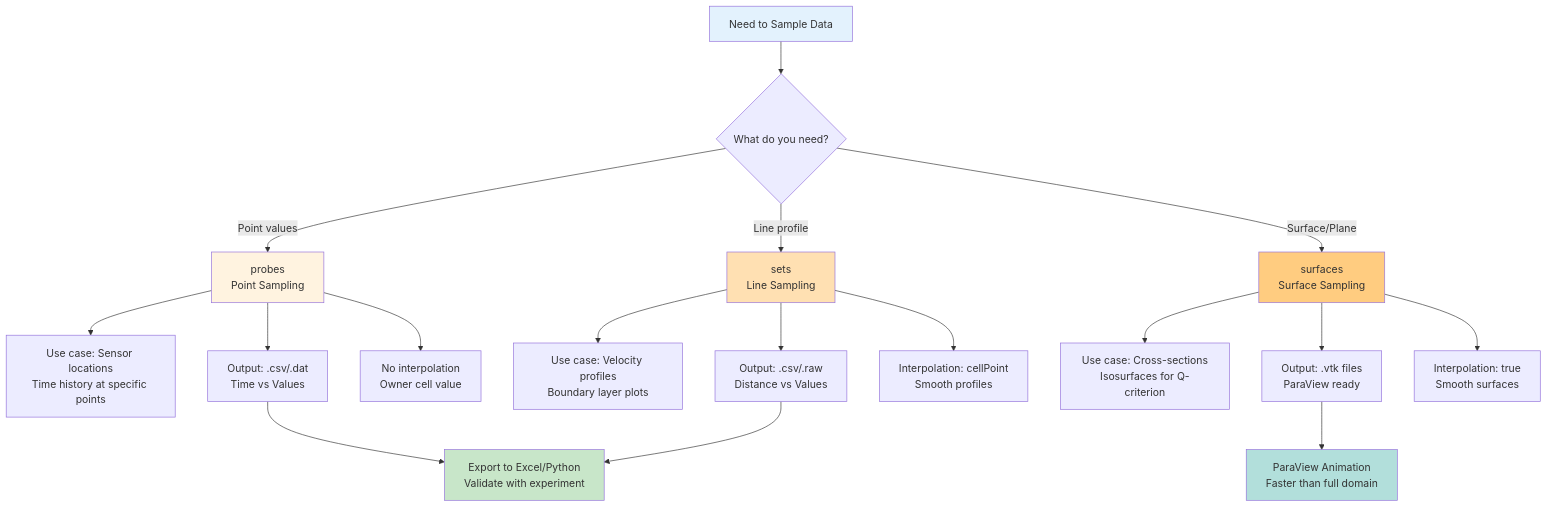
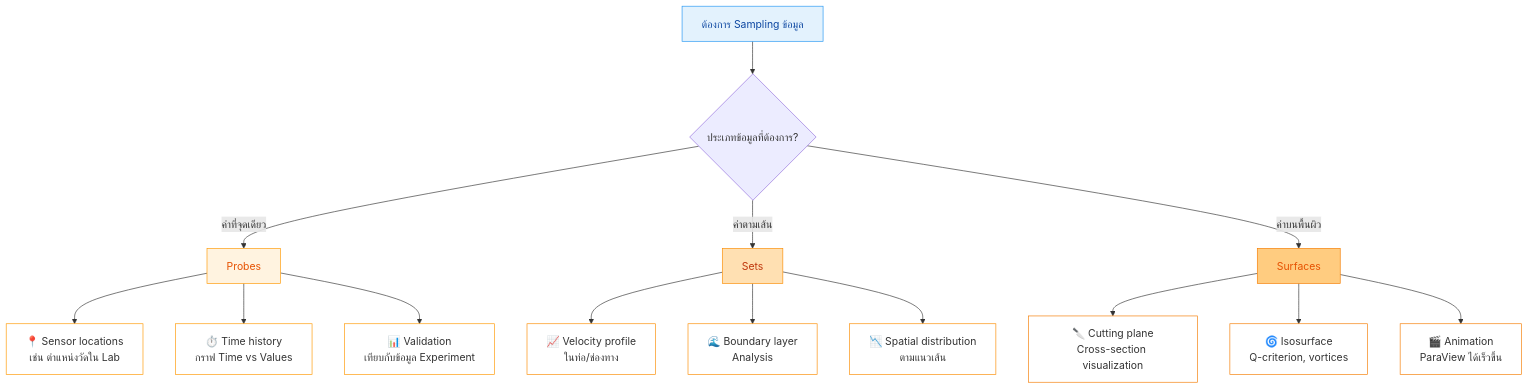
Before and after one commit to wramet/build-my-cfd: the first of 4 diagrams in MODULE_02_MESHING_AND_CASE_SETUP/CONTENT/06_RUNTIME_POST_PROCESSING/03_Sampling_and_Probes.md, drawn with Mermaid. The commit also changed other lines of this file and 31 other files, not shown here.

````diff
--- a/MODULE_02_MESHING_AND_CASE_SETUP/CONTENT/06_RUNTIME_POST_PROCESSING/03_Sampling_and_Probes.md
+++ b/MODULE_02_MESHING_AND_CASE_SETUP/CONTENT/06_RUNTIME_POST_PROCESSING/03_Sampling_and_Probes.md
@@ -182,31 +40,34 @@
 ```mermaid
-graph TB
-    Start[Need to Sample Data] --> Choice{What do you need?}
+flowchart TD
+    Start[ต้องการ Sampling ข้อมูล] --> Decision{ประเภทข้อมูลที่ต้องการ?}
 
-    Choice -->|Point values| Probes[probes<br/>Point Sampling]
-    Choice -->|Line profile| Sets[sets<br/>Line Sampling]
-    Choice -->|Surface/Plane| Surfaces[surfaces<br/>Surface Sampling]
+    Decision -->|ค่าที่จุดเดียว| Probes[Probes]
+    Decision -->|ค่าตามเส้น| Sets[Sets]
+    Decision -->|ค่าบนพื้นผิว| Surfaces[Surfaces]
 
-    Probes --> P1[Use case: Sensor locations<br/>Time history at specific points]
-    Probes --> P2[Output: .csv/.dat<br/>Time vs Values]
-    Probes --> P3[No interpolation<br/>Owner cell value]
+    Probes --> P1[📍 Sensor locations<br/>เช่น ตำแหน่งวัดใน Lab]
+    Probes --> P2[⏱️ Time history<br/>กราฟ Time vs Values]
+    Probes --> P3[📊 Validation<br/>เทียบกับข้อมูล Experiment]
 
-    Sets --> S1[Use case: Velocity profiles<br/>Boundary layer plots]
-    Sets --> S2[Output: .csv/.raw<br/>Distance vs Values]
-    Sets --> S3[Interpolation: cellPoint<br/>Smooth profiles]
+    Sets --> S1[📈 Velocity profile<br/>ในท่อ/ช่องทาง]
+    Sets --> S2[🌊 Boundary layer<br/>Analysis]
+    Sets --> S3[📉 Spatial distribution<br/>ตามแนวเส้น]
 
-    Surfaces --> Su1[Use case: Cross-sections<br/>Isosurfaces for Q-criterion]
-    Surfaces --> Su2[Output: .vtk files<br/>ParaView ready]
-    Surfaces --> Su3[Interpolation: true<br/>Smooth surfaces]
+    Surfaces --> Su1[🔪 Cutting plane<br/>Cross-section visualization]
+    Surfaces --> Su2[🌀 Isosurface<br/>Q-criterion, vortices]
+    Surfaces --> Su3[🎬 Animation<br/>ParaView ได้เร็วขึ้น]
 
-    P2 --> Export[Export to Excel/Python<br/>Validate with experiment]
-    S2 --> Export
-    Su2 --> ParaView[ParaView Animation<br/>Faster than full domain]
-
-    style Start fill:#e3f2fd
-    style Probes fill:#fff3e0
-    style Sets fill:#ffe0b2
-    style Surfaces fill:#ffcc80
-    style Export fill:#c8e6c9
-    style ParaView fill:#b2dfdb
+    style Start fill:#e3f2fd,stroke:#2196f3,color:#0d47a1
+    style Probes fill:#fff3e0,stroke:#ff9800,color:#e65100
+    style Sets fill:#ffe0b2,stroke:#fb8c00,color:#bf360c
+    style Surfaces fill:#ffcc80,stroke:#f57c00,color:#e65100
+    style P1 fill:#ffffff,stroke:#ff9800
+    style P2 fill:#ffffff,stroke:#ff9800
+    style P3 fill:#ffffff,stroke:#ff9800
+    style S1 fill:#ffffff,stroke:#fb8c00
+    style S2 fill:#ffffff,stroke:#fb8c00
+    style S3 fill:#ffffff,stroke:#fb8c00
+    style Su1 fill:#ffffff,stroke:#f57c00
+    style Su2 fill:#ffffff,stroke:#f57c00
+    style Su3 fill:#ffffff,stroke:#f57c00
 ```
````
